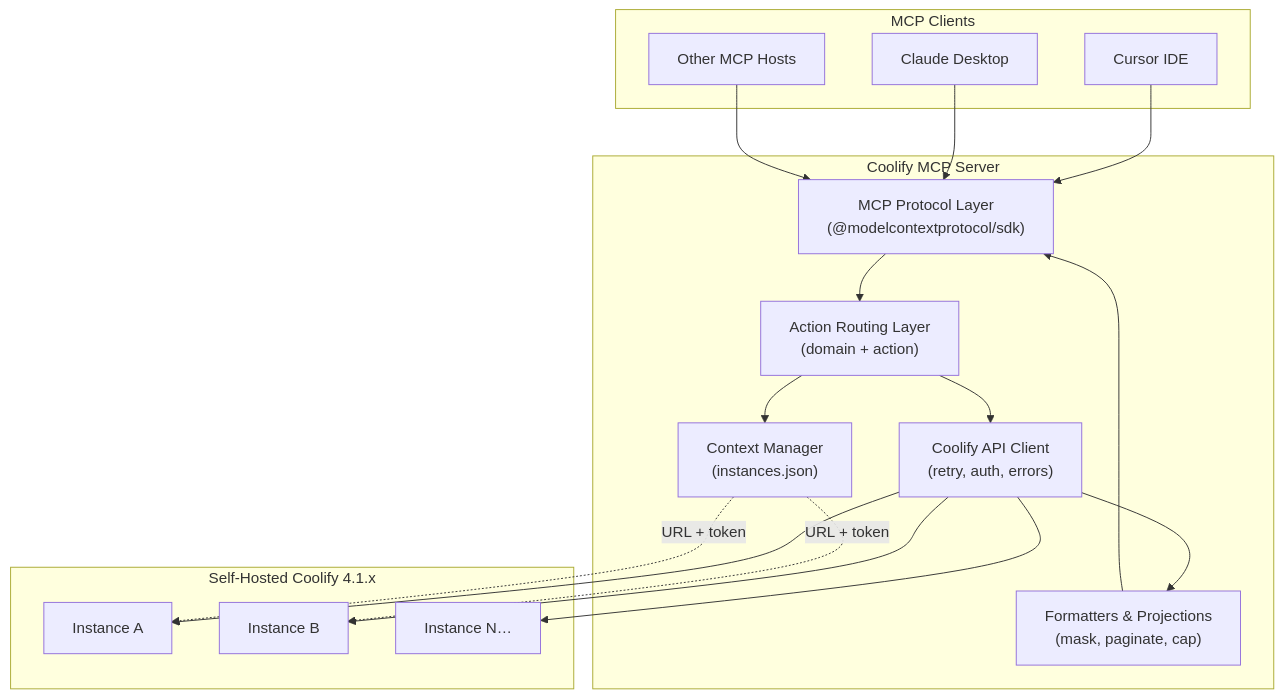
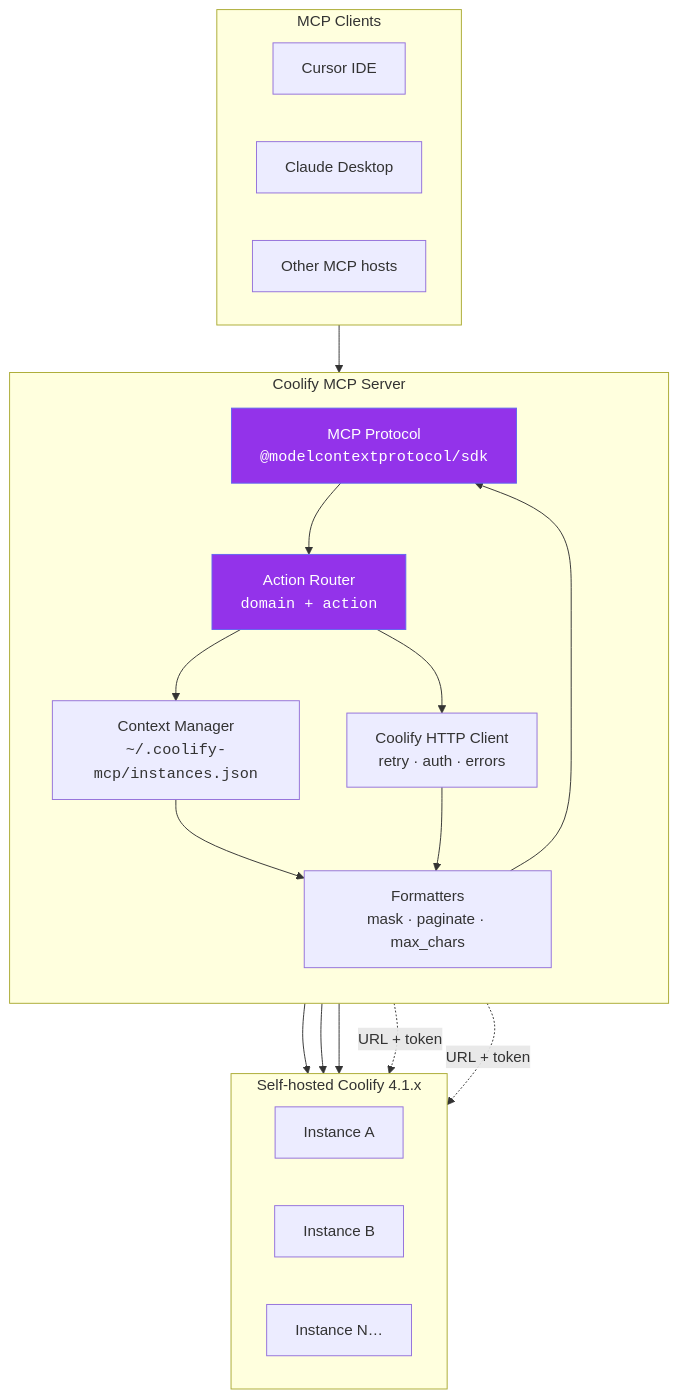
Before and after one commit to clezcoding/awesome-coolify: the second of 3 diagrams in README.md, drawn with Mermaid. The commit also changed other lines of this file and 24 other files, not shown here.

````diff
--- a/README.md
+++ b/README.md
@@ -486,36 +268,33 @@
 ```mermaid
 flowchart TB
     subgraph Clients["MCP Clients"]
-        Cursor["Cursor IDE"]
-        Claude["Claude Desktop"]
-        Other["Other MCP Hosts"]
+        direction LR
+        C1["Cursor IDE"]
+        C2["Claude Desktop"]
+        C3["Other MCP hosts"]
     end
 
-    subgraph MCP["Coolify MCP Server"]
-        Protocol["MCP Protocol Layer<br/>(@modelcontextprotocol/sdk)"]
-        Router["Action Routing Layer<br/>(domain + action)"]
-        Context["Context Manager<br/>(instances.json)"]
-        Client["Coolify API Client<br/>(retry, auth, errors)"]
-        Format["Formatters & Projections<br/>(mask, paginate, cap)"]
+    subgraph Server["Coolify MCP Server"]
+        direction TB
+        P["MCP Protocol<br/><code>@modelcontextprotocol/sdk</code>"]
+        R["Action Router<br/><code>domain + action</code>"]
+        X["Context Manager<br/><code>~/.coolify-mcp/instances.json</code>"]
+        H["Coolify HTTP Client<br/>retry · auth · errors"]
+        F["Formatters<br/>mask · paginate · max_chars"]
     end
 
-    subgraph Coolify["Self-Hosted Coolify 4.1.x"]
-        InstA["Instance A"]
-        InstB["Instance B"]
-        InstN["Instance N…"]
+    subgraph Remote["Self-hosted Coolify 4.1.x"]
+        direction LR
+        A["Instance A"]
+        B["Instance B"]
+        N["Instance N…"]
     end
 
-    Cursor --> Protocol
-    Claude --> Protocol
-    Other --> Protocol
-    Protocol --> Router
-    Router --> Context
-    Router --> Client
-    Client --> Format
-    Format --> Protocol
-    Client --> InstA
-    Client --> InstB
-    Client --> InstN
-    Context -.->|"URL + token"| InstA
-    Context -.->|"URL + token"| InstB
+    Clients --> P --> R
+    R --> X & H --> F --> P
+    H --> A & B & N
+    X -.->|URL + token| A & B
+
+    classDef accent fill:#9333EA,color:#fff,stroke:#6366F1
+    class P,R accent
 ```
````
